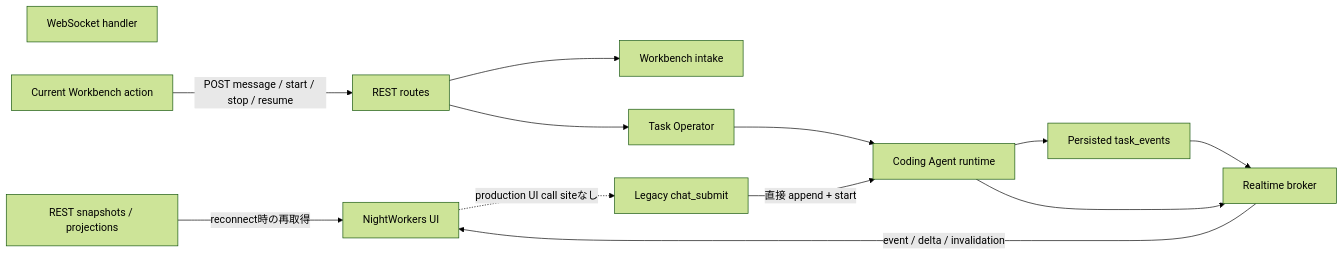
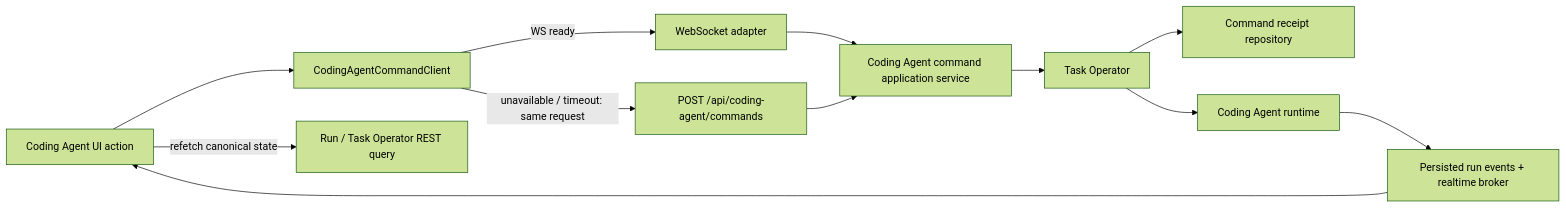
One commit to ugnoguchigxp/nightWorkers changed the diagram in spec/docs/coding-agent-command-realtime-transport-implementation-plan.md. Above: the diagram before and after it, drawn with Mermaid (forest theme). The commit also changed other lines of this file and 51 other files, not shown here.

Commit message:
feat: unify Coding Agent command transport

````diff
--- a/spec/docs/coding-agent-command-realtime-transport-implementation-plan.md
+++ b/spec/docs/coding-agent-command-realtime-transport-implementation-plan.md
@@ -39,26 +79,25 @@
 ```mermaid
 flowchart LR
-    UI["NightWorkers UI"]
-    REST["REST routes"]
-    WS["WebSocket handler"]
-    UIAction["Current Workbench action"]
-    Legacy["Legacy chat_submit"]
+    UI["Coding Agent UI action"]
+    Client["CodingAgentCommandClient"]
+    WS["WebSocket adapter"]
+    REST["POST /api/coding-agent/commands"]
+    Service["Coding Agent command application service"]
     TO["Task Operator"]
-    Intake["Workbench intake"]
-    CA["Coding Agent runtime"]
-    Broker["Realtime broker"]
-    Ledger["Persisted task_events"]
-    Snapshot["REST snapshots / projections"]
+    Delivery["Command receipt repository"]
+    Runtime["Coding Agent runtime"]
+    Events["Persisted run events + realtime broker"]
+    Query["Run / Task Operator REST query"]
 
-    UIAction -->|"POST message / start / stop / resume"| REST
-    REST --> Intake
-    REST --> TO
-    TO --> CA
-    UI -. "production UI call siteなし" .-> Legacy
-    Legacy -->|"直接 append + start"| CA
-    CA --> Ledger
-    CA --> Broker
-    Ledger --> Broker
-    Broker -->|"event / delta / invalidation"| UI
-    Snapshot -->|"reconnect時の再取得"| UI
+    UI --> Client
+    Client -->|"WS ready"| WS
+    Client -->|"unavailable / timeout: same request"| REST
+    WS --> Service
+    REST --> Service
+    Service --> TO
+    TO --> Delivery
+    TO --> Runtime
+    Runtime --> Events
+    Events --> UI
+    UI -->|"refetch canonical state"| Query
 ```
````
